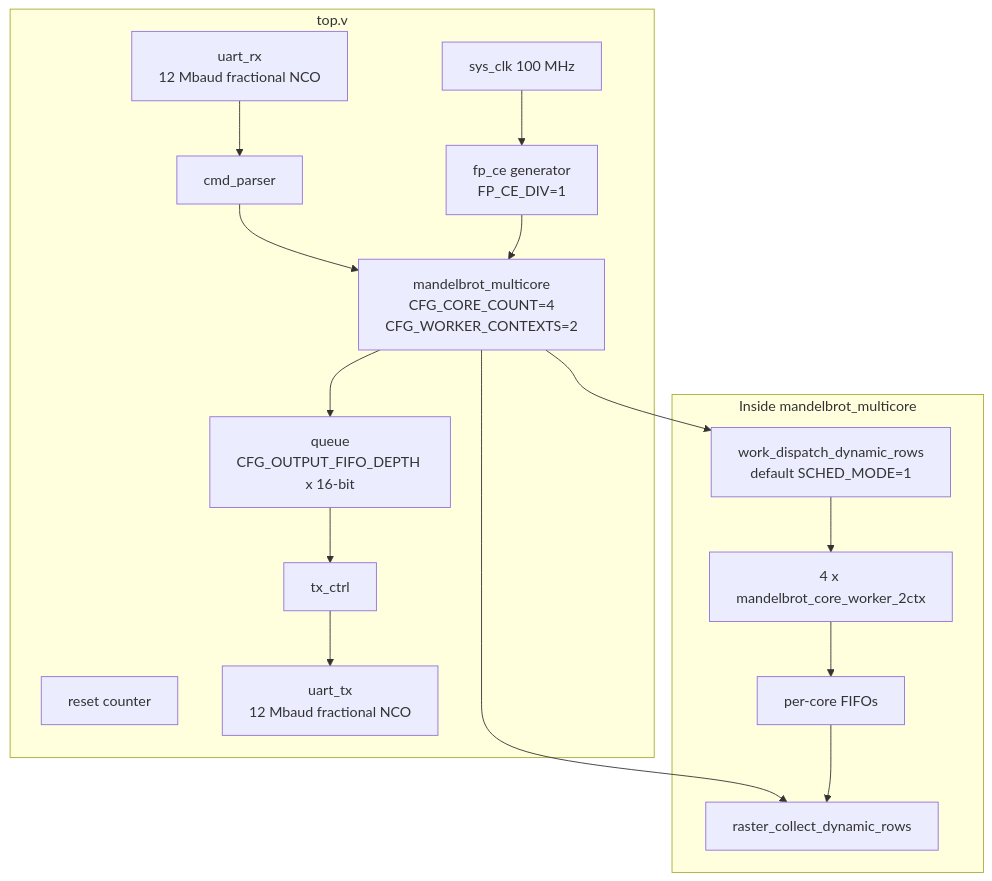
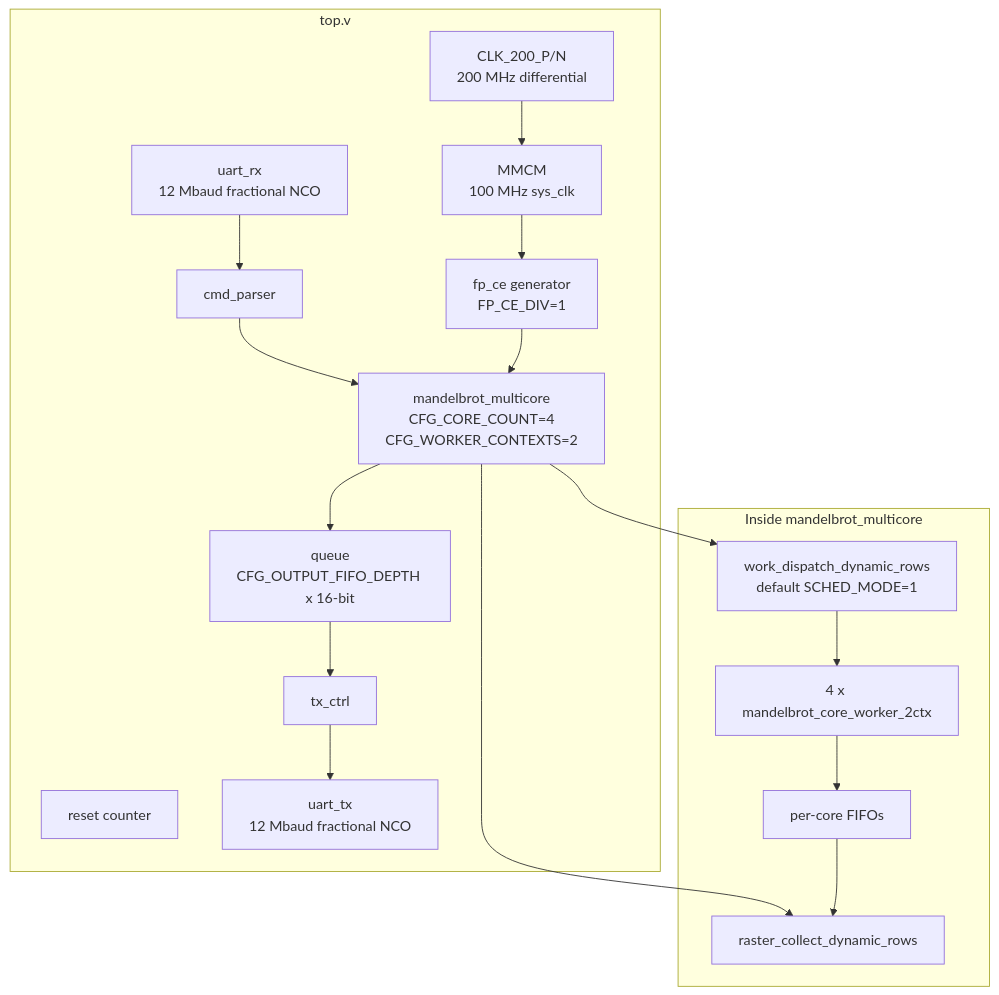
Before and after one commit to RESBI/FPGA-Mandelbrot-Demo: the second of 4 diagrams in README.md, drawn with Mermaid. The commit also changed other lines of this file and 49 other files, not shown here.

````diff
--- a/README.md
+++ b/README.md
@@ -127,29 +130,30 @@
 ```mermaid
 flowchart TB
     subgraph TOP[top.v]
-        CLK[sys_clk 100 MHz] --> CE[fp_ce generator<br/>FP_CE_DIV=1]
+        CLK[CLK_200_P/N<br/>200 MHz differential] --> MMCM[MMCM<br/>100 MHz sys_clk]
+        MMCM --> CE[fp_ce generator<br/>FP_CE_DIV=1]
         RST[reset counter]
 
         URX[uart_rx<br/>12 Mbaud fractional NCO]
         UTX[uart_tx<br/>12 Mbaud fractional NCO]
         CMD[cmd_parser]
         CORE[mandelbrot_multicore<br/>CFG_CORE_COUNT=4<br/>CFG_WORKER_CONTEXTS=2]
         FIFO[queue<br/>CFG_OUTPUT_FIFO_DEPTH x 16-bit]
         TXC[tx_ctrl]
 
         URX --> CMD
         CMD --> CORE
         CE --> CORE
         CORE --> FIFO
         FIFO --> TXC
         TXC --> UTX
     end
 
     subgraph MC[Inside mandelbrot_multicore]
         CORE --> DISP[work_dispatch_dynamic_rows<br/>default SCHED_MODE=1]
         CORE --> MERGE[raster_collect_dynamic_rows]
         DISP --> WORKERS[4 x mandelbrot_core_worker_2ctx]
         WORKERS --> CFIFO[per-core FIFOs]
         CFIFO --> MERGE
     end
 ```
````
